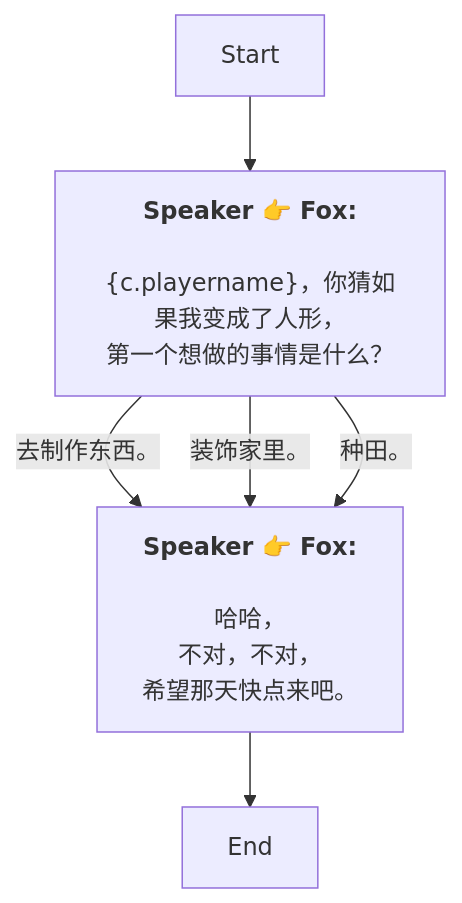
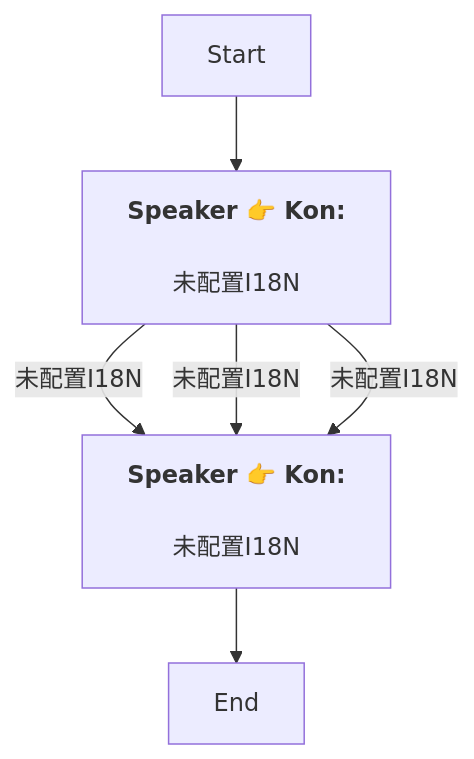
One commit to SoftHu/tos_avg changed the diagram in Zh/AddDialogNode_1738541867360458.md. Above: the diagram before and after it, drawn with Mermaid. The commit also changed 730 other files, not shown here.

````diff
--- a/Zh/AddDialogNode_1738541867360458.md
+++ b/Zh/AddDialogNode_1738541867360458.md
@@ -1,20 +1,13 @@
 ```mermaid
 graph
-Start -->1738541912862925[<b>Speaker 👉 Fox:</b>
-\n&lbrace;c.playername&rbrace;，你猜如果我变成了人形，
-第一个想做的事情是什么？]
-1738541912862925 -->|去制作东西。|1738542038299861[<b>Speaker 👉 Fox:</b>
-\n哈哈，
-不对，不对，
-希望那天快点来吧。]
-1738541912862925 -->|装饰家里。|1738542038299861[<b>Speaker 👉 Fox:</b>
-\n哈哈，
-不对，不对，
-希望那天快点来吧。]
-1738541912862925 -->|种田。|1738542038299861[<b>Speaker 👉 Fox:</b>
-\n哈哈，
-不对，不对，
-希望那天快点来吧。]
+Start -->1738541912862925[<b>Speaker 👉 Kon:</b>
+\n未配置I18N]
+1738541912862925 -->|未配置I18N|1738542038299861[<b>Speaker 👉 Kon:</b>
+\n未配置I18N]
+1738541912862925 -->|未配置I18N|1738542038299861[<b>Speaker 👉 Kon:</b>
+\n未配置I18N]
+1738541912862925 -->|未配置I18N|1738542038299861[<b>Speaker 👉 Kon:</b>
+\n未配置I18N]
 1738542038299861 -->1738542067698902[End]
 
 ```
````
